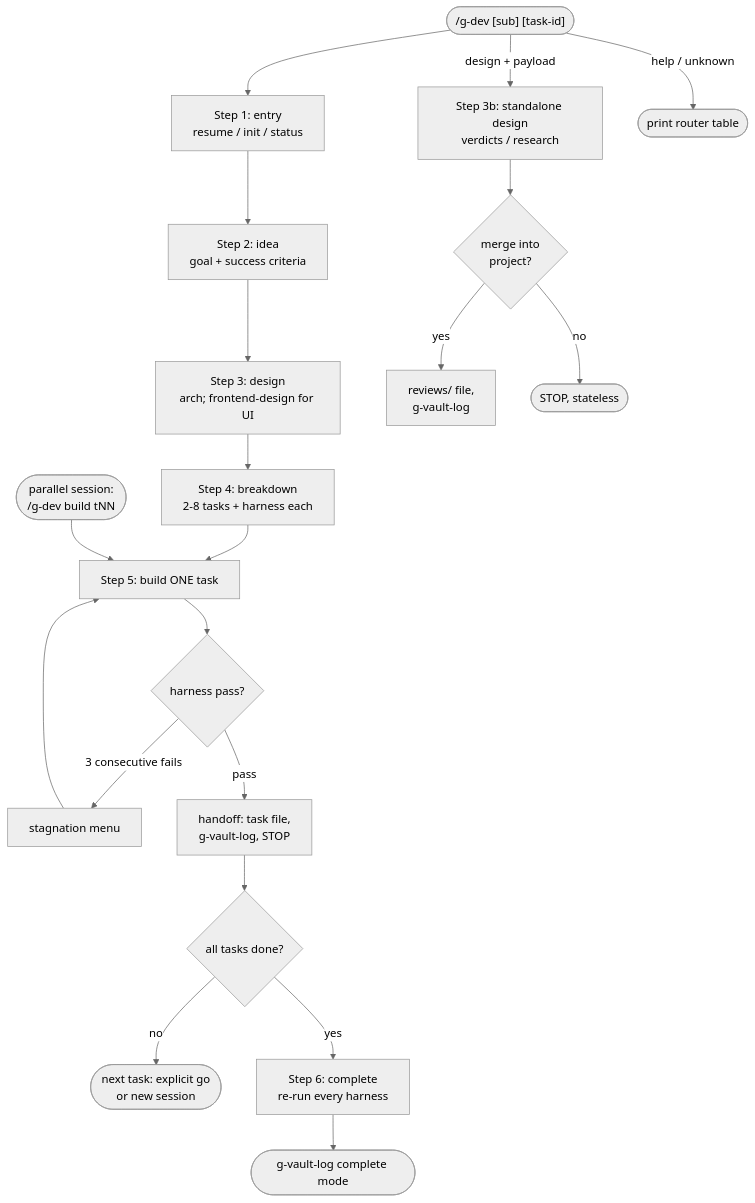
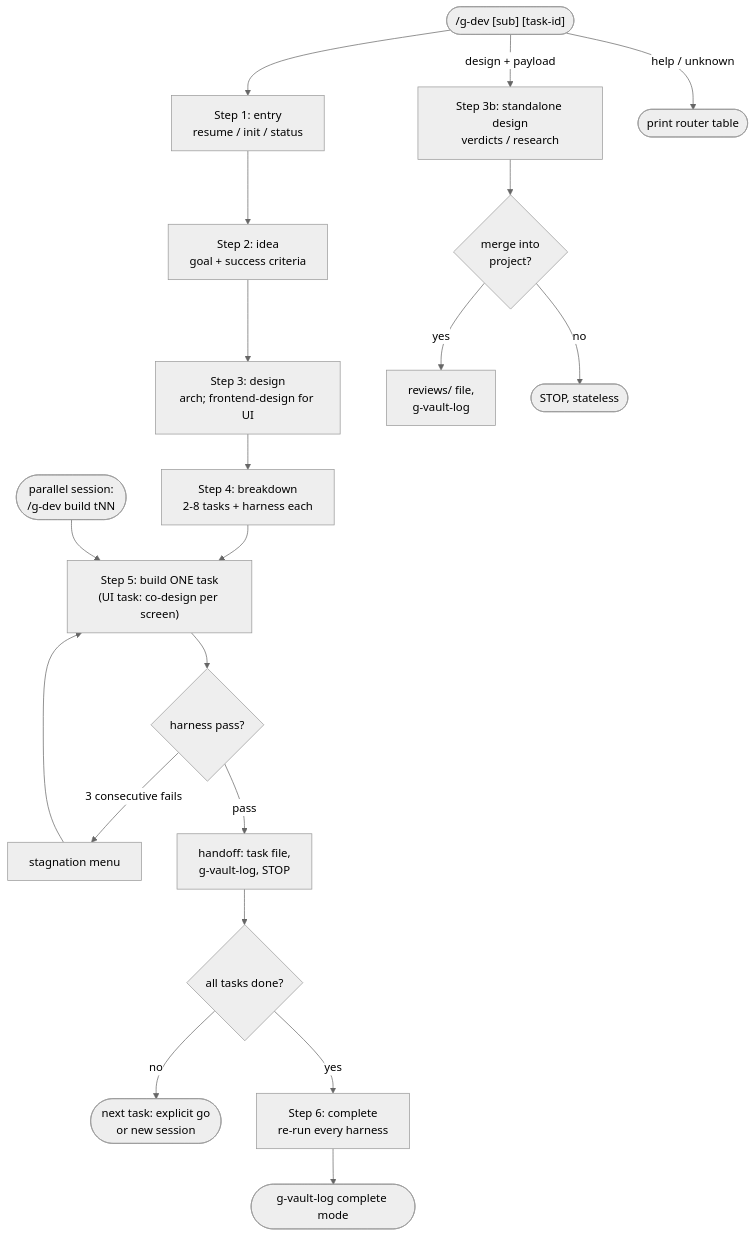
Before and after one commit to gloriaJun/grimoire: the diagram in claude/skills/g-dev/SKILL.md, drawn with Mermaid (neutral theme). The commit also changed 5 other files, not shown here.

First line of the commit message:
feat: add visual sample gate and per-screen co-design to g-dev

````diff
--- a/claude/skills/g-dev/SKILL.md
+++ b/claude/skills/g-dev/SKILL.md
@@ -20,32 +20,33 @@
 ```mermaid
 flowchart TD
     A(["/g-dev [sub] [task-id]"]) --> B["Step 1: entry
 resume / init / status"]
     B --> C["Step 2: idea
 goal + success criteria"]
     C --> D["Step 3: design
 arch; frontend-design for UI"]
     D --> E["Step 4: breakdown
 2-8 tasks + harness each"]
-    E --> F["Step 5: build ONE task"]
+    E --> F["Step 5: build ONE task
+(UI task: co-design per screen)"]
     P(["parallel session:
 /g-dev build tNN"]) --> F
     F --> G{"harness pass?"}
     G -- "3 consecutive fails" --> H["stagnation menu"] --> F
     G -- pass --> I["handoff: task file,
 g-vault-log, STOP"]
     I --> J{"all tasks done?"}
     J -- no --> K(["next task: explicit go
 or new session"])
     J -- yes --> L["Step 6: complete
 re-run every harness"]
     L --> M(["g-vault-log complete mode"])
     A -- "design + payload" --> S["Step 3b: standalone design
 verdicts / research"]
     S --> T{"merge into
 project?"}
     T -- yes --> U["reviews/ file,
 g-vault-log"]
     T -- no --> V(["STOP, stateless"])
     A -- "help / unknown" --> W(["print router table"])
 ```
````
